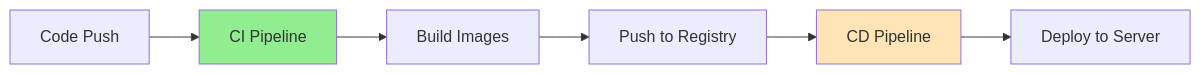
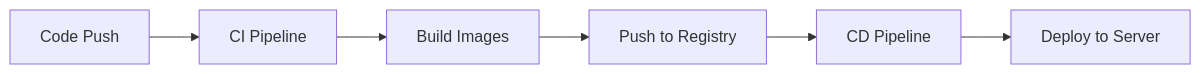
Before and after one commit to 4gh0rn/dev-blog: the first of 11 diagrams in docs/projects/conduit-deployment.md, drawn with Mermaid. The commit also changed other lines of this file and 17 other files, not shown here.

````diff
--- a/docs/projects/conduit-deployment.md
+++ b/docs/projects/conduit-deployment.md
@@ -52,11 +52,8 @@
 ```mermaid
 graph LR
     A[Code Push] --> B[CI Pipeline]
     B --> C[Build Images]
     C --> D[Push to Registry]
     D --> E[CD Pipeline]
     E --> F[Deploy to Server]
-    
-    style B fill:#90EE90
-    style E fill:#FFE4B5
 ```
````
